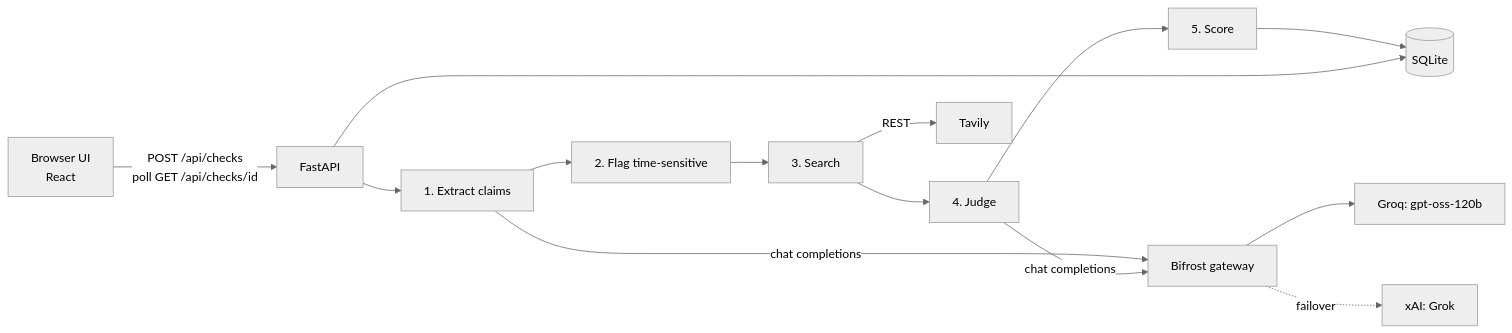
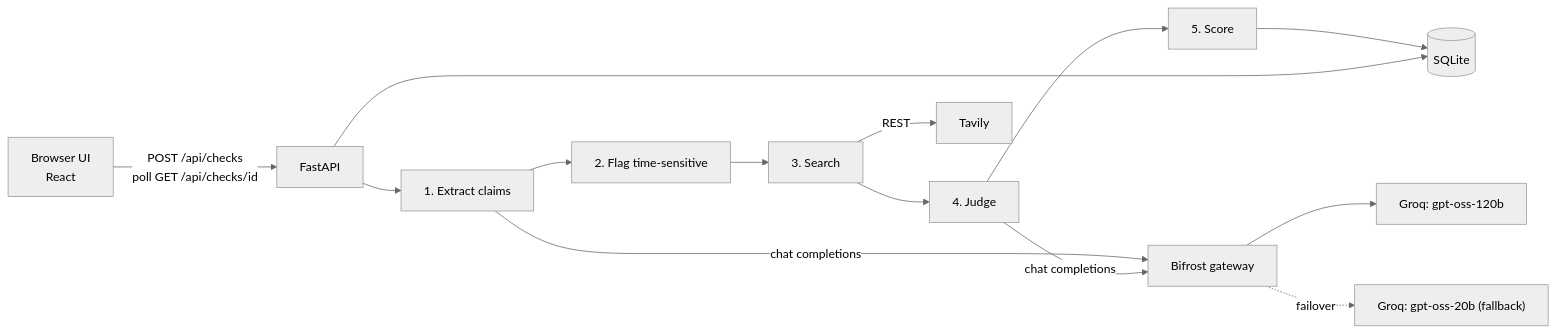
Before and after one commit to 6rzan/StaleGuard: the diagram in README.md, drawn with Mermaid (neutral theme). The commit also changed other lines of this file and 3 other files, not shown here.

````diff
--- a/README.md
+++ b/README.md
@@ -73,16 +73,16 @@
 ```mermaid
 flowchart LR
     UI["Browser UI<br/>React"] -->|"POST /api/checks<br/>poll GET /api/checks/id"| API["FastAPI"]
     API --> EX["1. Extract claims"]
     EX --> FL["2. Flag time-sensitive"]
     FL --> SE["3. Search"]
     SE --> JU["4. Judge"]
     JU --> SC["5. Score"]
     SC --> DB[("SQLite")]
     API --> DB
     EX -->|chat completions| BF["Bifrost gateway"]
     JU -->|chat completions| BF
     BF --> P1["Groq: gpt-oss-120b"]
-    BF -.->|failover| P2["xAI: Grok"]
+    BF -.->|failover| P2["Groq: gpt-oss-20b (fallback)"]
     SE -->|REST| TV["Tavily"]
 ```
````
